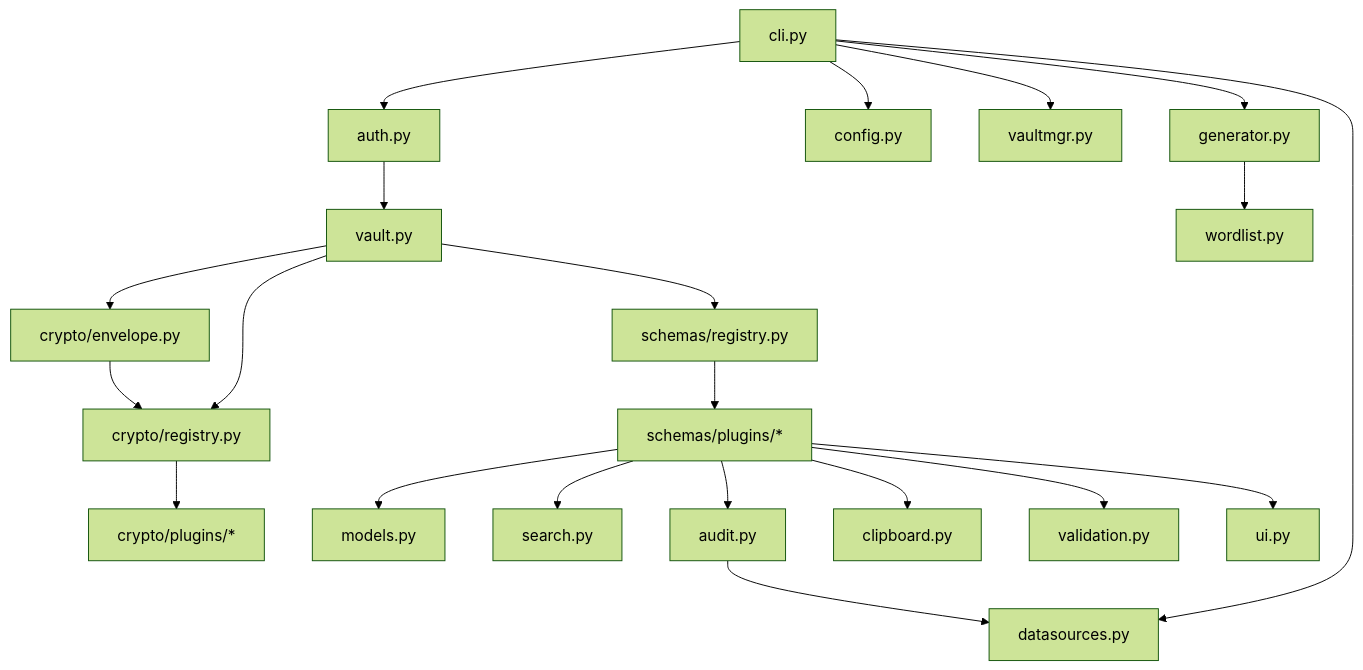
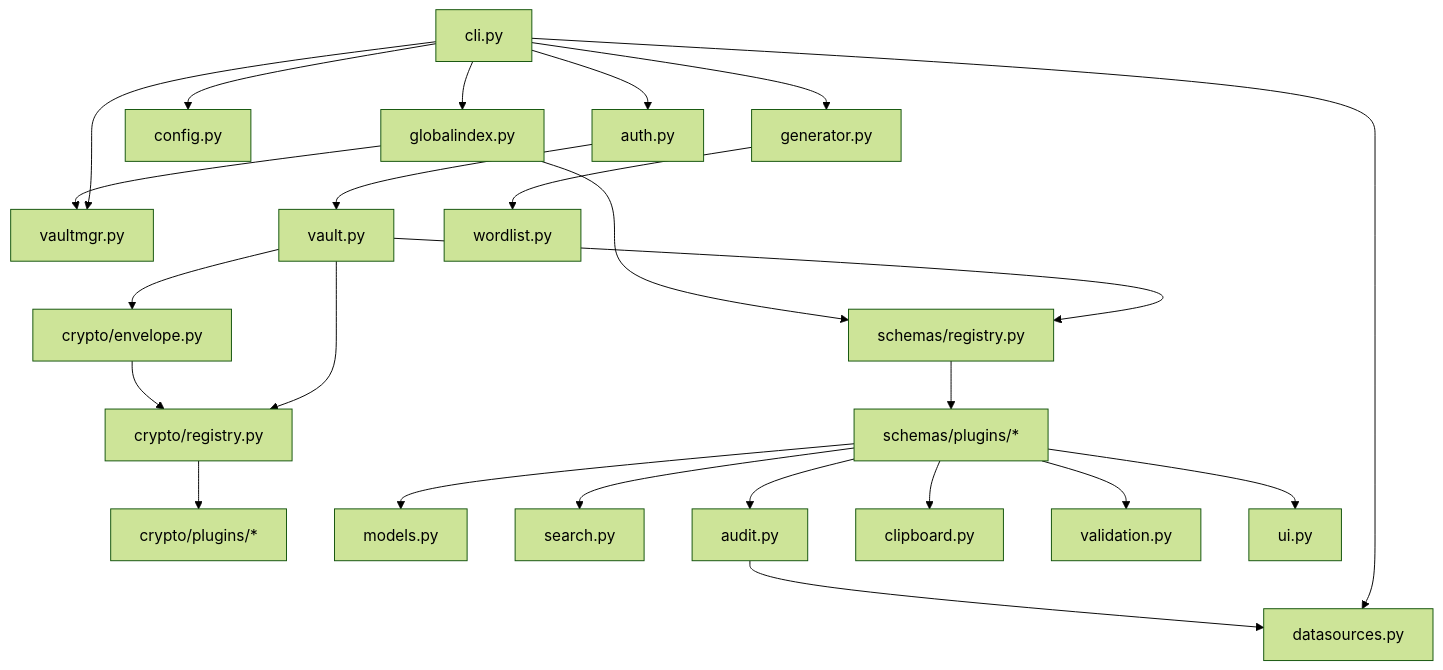
Before and after one commit to Veerabadran-M/credential-manager: the second of 3 diagrams in docs/architecture.md, drawn with Mermaid (forest theme). The commit also changed other lines of this file and 15 other files, not shown here.

Commit message:
new feature: 'global' cmd to search all vault

````diff
--- a/docs/architecture.md
+++ b/docs/architecture.md
@@ -122,23 +124,26 @@
 ```mermaid
 graph TD
     CLI[cli.py] --> Auth[auth.py]
     CLI --> Config[config.py]
     CLI --> VaultMgr[vaultmgr.py]
     CLI --> Datasources[datasources.py]
     CLI --> Generator[generator.py]
+    CLI --> GlobalIndex[globalindex.py]
     Auth --> Vault[vault.py]
     Vault --> CryptoRegistry[crypto/registry.py]
     Vault --> SchemaRegistry[schemas/registry.py]
     CryptoRegistry --> CryptoPlugins[crypto/plugins/*]
     SchemaRegistry --> SchemaPlugins[schemas/plugins/*]
     SchemaPlugins --> Models[models.py]
     SchemaPlugins --> Search[search.py]
     SchemaPlugins --> Audit[audit.py]
     SchemaPlugins --> Clipboard[clipboard.py]
     SchemaPlugins --> Validation[validation.py]
     SchemaPlugins --> UI[ui.py]
     Generator --> Wordlist[wordlist.py]
     Audit --> Datasources
     Vault --> Envelope[crypto/envelope.py]
     Envelope --> CryptoRegistry
+    GlobalIndex --> SchemaRegistry
+    GlobalIndex --> VaultMgr
 ```
````
